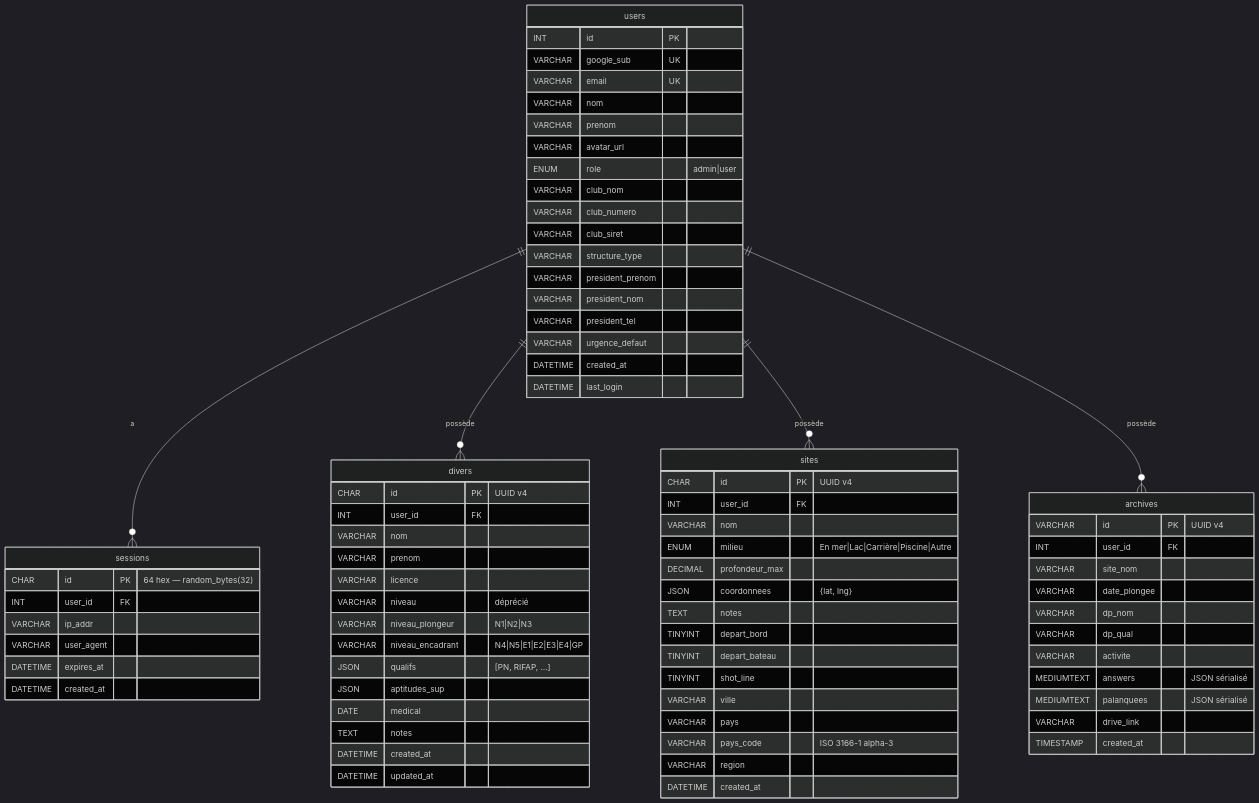
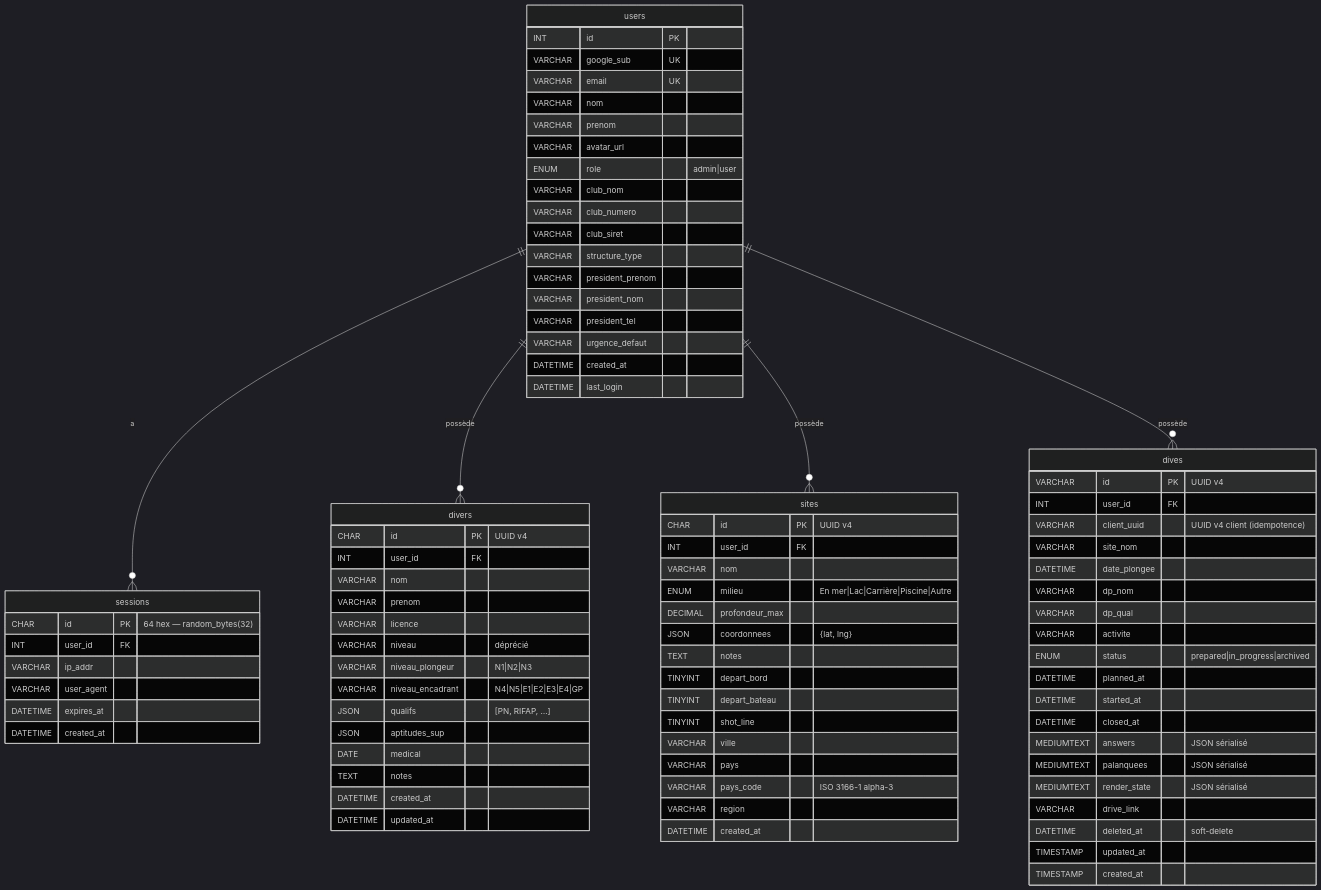
One commit to NicholasJallan/dp-fede changed the fifth of 7 diagrams in README.md. Above: the diagram before and after it, drawn with Mermaid (dark theme). The commit also changed other lines of this file and 34 other files, not shown here.

````diff
--- a/README.md
+++ b/README.md
@@ -395,22 +398,30 @@
         DATETIME created_at
     }
 
-    archives {
+    dives {
         VARCHAR id PK "UUID v4"
         INT user_id FK
+        VARCHAR client_uuid "UUID v4 client (idempotence)"
         VARCHAR site_nom
-        VARCHAR date_plongee
+        DATETIME date_plongee
         VARCHAR dp_nom
         VARCHAR dp_qual
         VARCHAR activite
+        ENUM status "prepared|in_progress|archived"
+        DATETIME planned_at
+        DATETIME started_at
+        DATETIME closed_at
         MEDIUMTEXT answers "JSON sérialisé"
         MEDIUMTEXT palanquees "JSON sérialisé"
+        MEDIUMTEXT render_state "JSON sérialisé"
         VARCHAR drive_link
+        DATETIME deleted_at "soft-delete"
+        TIMESTAMP updated_at
         TIMESTAMP created_at
     }
 
     users ||--o{ sessions : "a"
     users ||--o{ divers : "possède"
     users ||--o{ sites : "possède"
-    users ||--o{ archives : "possède"
+    users ||--o{ dives : "possède"
 ```
````
